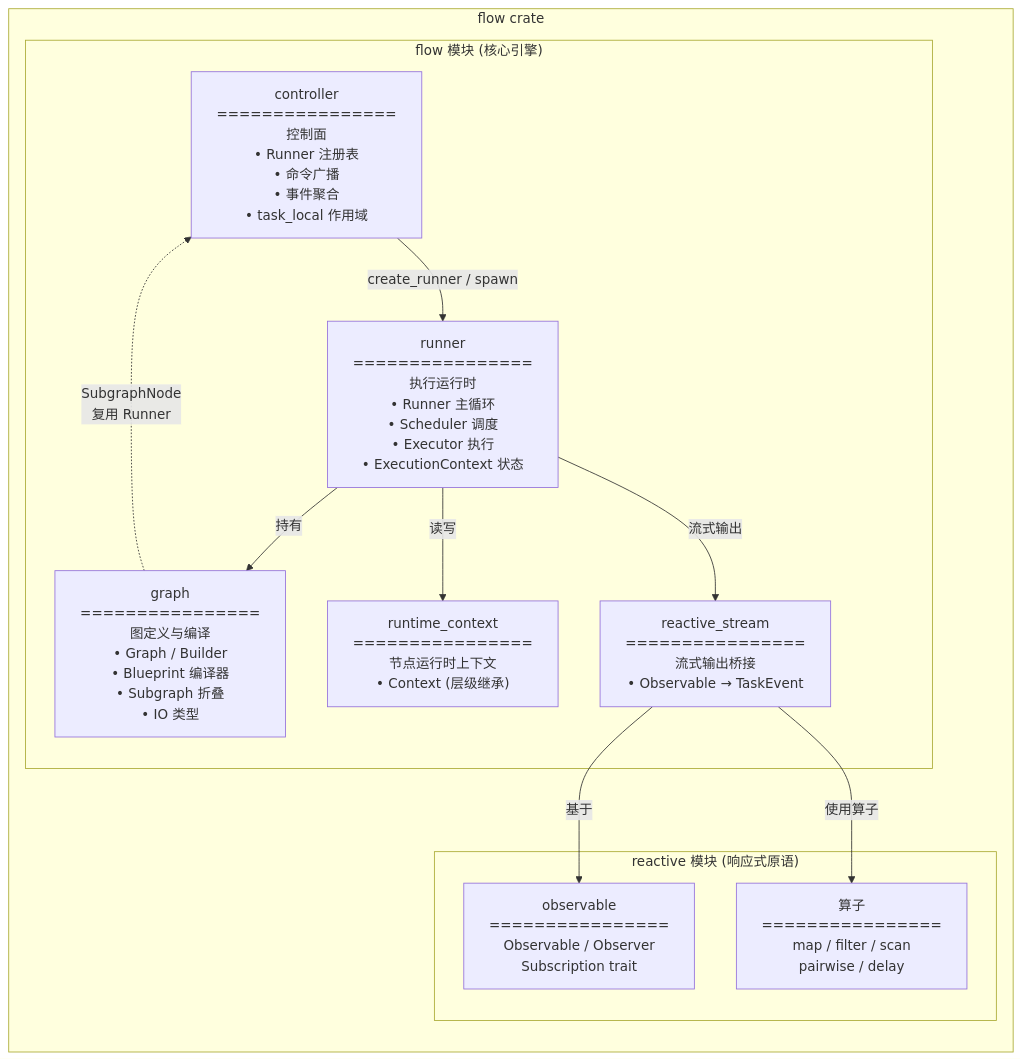
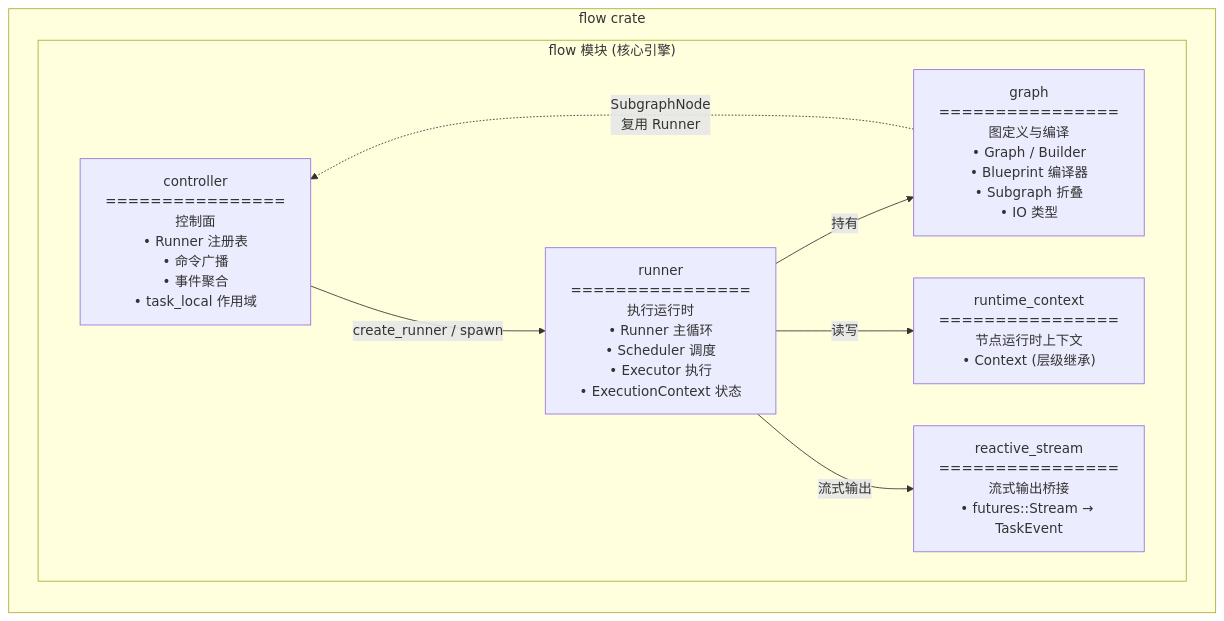
The second of 7 diagrams in flow/ARCHITECTURE.md (lzcers/ksana-flow-rs), drawn with Mermaid before and after one commit. The commit also changed other lines of this file and 25 other files, not shown here.

````diff
--- a/flow/ARCHITECTURE.md
+++ b/flow/ARCHITECTURE.md
@@ -62,28 +62,21 @@
 ```mermaid
 flowchart TB
     subgraph "flow crate"
         direction TB
 
         subgraph "flow 模块 (核心引擎)"
             Controller["controller<br/>================<br/>控制面<br/>• Runner 注册表<br/>• 命令广播<br/>• 事件聚合<br/>• task_local 作用域"]
             Runner["runner<br/>================<br/>执行运行时<br/>• Runner 主循环<br/>• Scheduler 调度<br/>• Executor 执行<br/>• ExecutionContext 状态"]
             Graph["graph<br/>================<br/>图定义与编译<br/>• Graph / Builder<br/>• Blueprint 编译器<br/>• Subgraph 折叠<br/>• IO 类型"]
             RTCtx["runtime_context<br/>================<br/>节点运行时上下文<br/>• Context (层级继承)"]
-            ReactStream["reactive_stream<br/>================<br/>流式输出桥接<br/>• Observable → TaskEvent"]
-        end
-
-        subgraph "reactive 模块 (响应式原语)"
-            Observable["observable<br/>================<br/>Observable / Observer<br/>Subscription trait"]
-            Operators["算子<br/>================<br/>map / filter / scan<br/>pairwise / delay"]
+            ReactStream["reactive_stream<br/>================<br/>流式输出桥接<br/>• futures::Stream → TaskEvent"]
         end
     end
 
     Controller -->|"create_runner / spawn"| Runner
     Runner -->|"持有"| Graph
     Runner -->|"读写"| RTCtx
     Runner -->|"流式输出"| ReactStream
-    ReactStream -->|"基于"| Observable
-    ReactStream -->|"使用算子"| Operators
 
     Graph -.->|"SubgraphNode<br/>复用 Runner"| Controller
 ```
````
